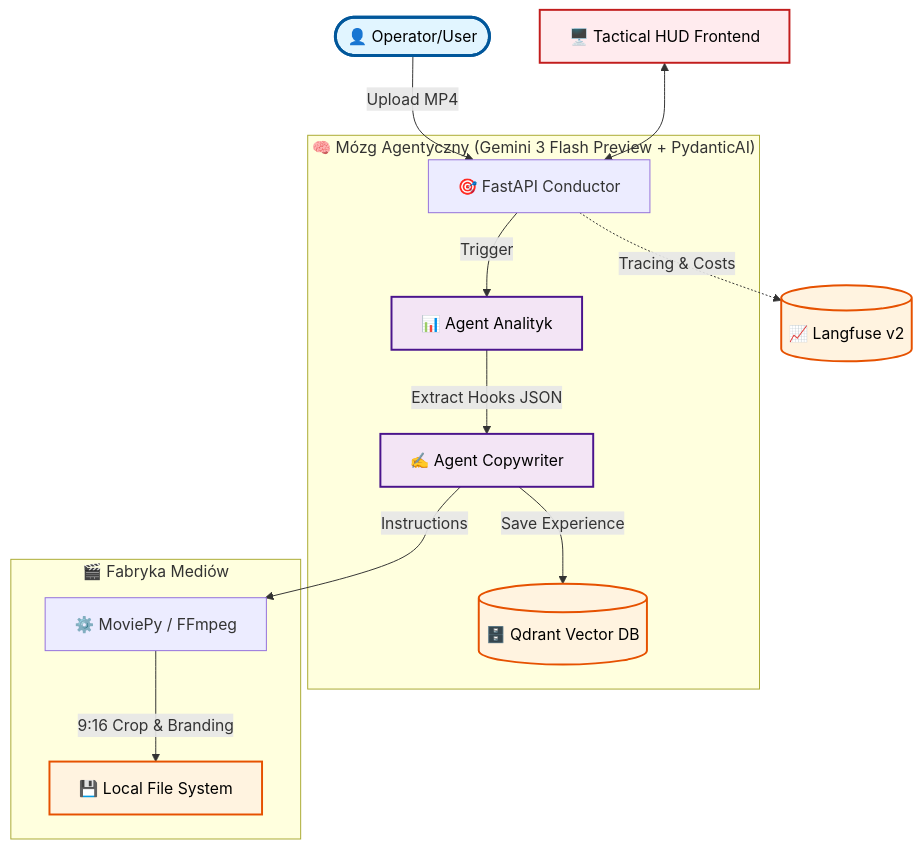
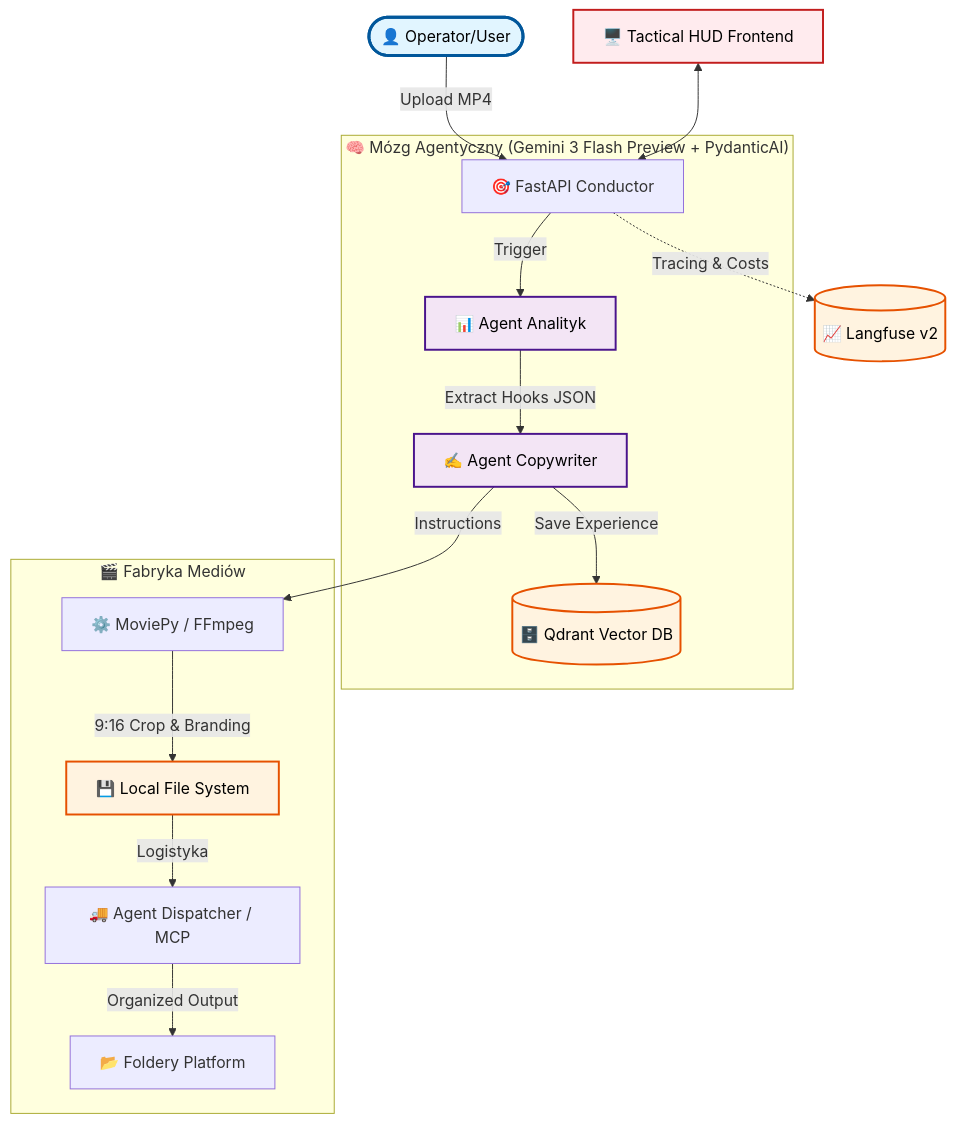
Before and after one commit to takzen/omni-operator-v1: the diagram in README_PL.md, drawn with Mermaid. The commit also changed other lines of this file and 6 other files, not shown here.

````diff
--- a/README_PL.md
+++ b/README_PL.md
@@ -70,28 +71,30 @@
 ```mermaid
 graph TD
     User([👤 Operator/User]) -->|Upload MP4| API[🎯 FastAPI Conductor]
     UI[🖥️ Tactical HUD Frontend] <--> API
 
     subgraph Brain["🧠 Mózg Agentyczny (Gemini 3 Flash Preview + PydanticAI)"]
         API -->|Trigger| Analyst[📊 Agent Analityk]
         Analyst -->|Extract Hooks JSON| Copywriter[✍️ Agent Copywriter]
         Copywriter -->|Save Experience| Memory[(🗄️ Qdrant Vector DB)]
     end
 
     subgraph Factory["🎬 Fabryka Mediów"]
         Copywriter -->|Instructions| VideoEngine[⚙️ MoviePy / FFmpeg]
         VideoEngine -->|9:16 Crop & Branding| Storage[💾 Local File System]
+        Storage -->|Logistyka| Dispatcher[🚚 Agent Dispatcher / MCP]
+        Dispatcher -->|Organized Output| Final[📂 Foldery Platform]
     end
 
     API -.->|Tracing & Costs| Langfuse[(📈 Langfuse v2)]
 
     classDef userNode fill:#e1f5ff,stroke:#01579b,stroke-width:3px,color:#000
     classDef uiNode fill:#ffebee,stroke:#c21d1d,stroke-width:2px,color:#000
     classDef agentNode fill:#f3e5f5,stroke:#4a148c,stroke-width:2px,color:#000
     classDef storageNode fill:#fff3e0,stroke:#e65100,stroke-width:2px,color:#000
 
     class User userNode
     class UI uiNode
     class Analyst,Copywriter agentNode
     class Memory,Storage,Langfuse storageNode
 ```
````
